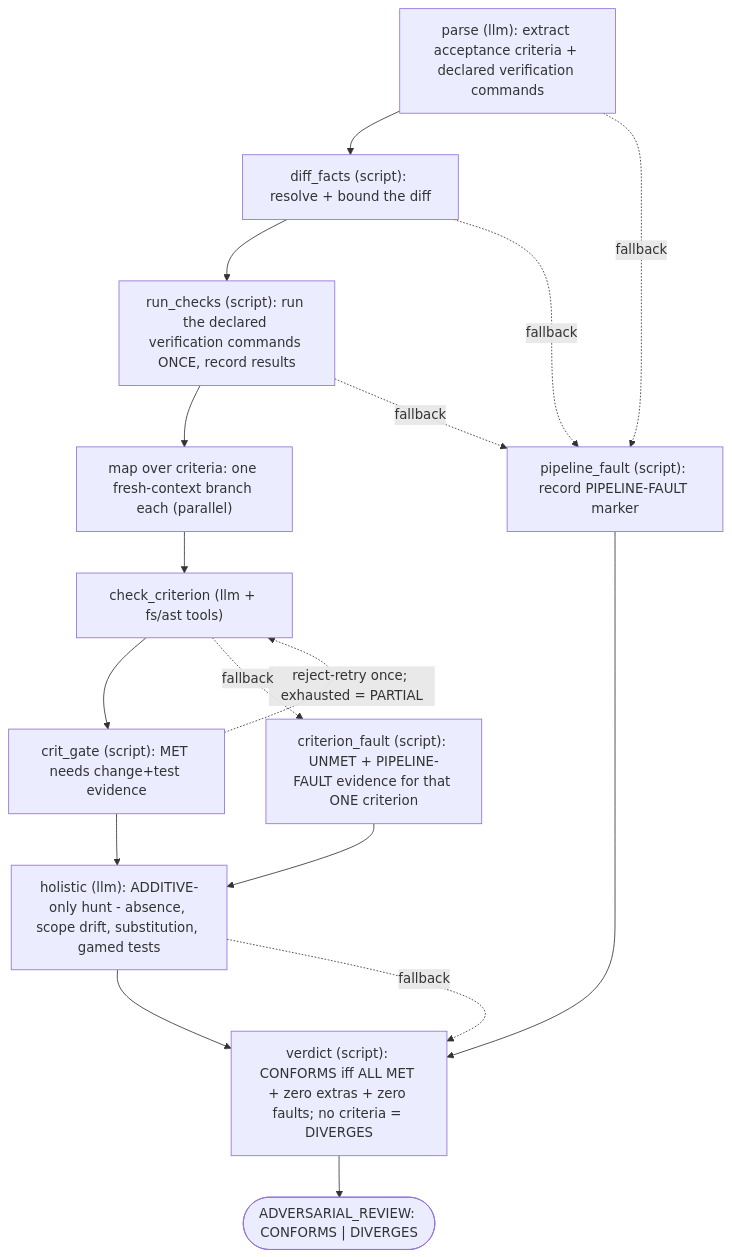
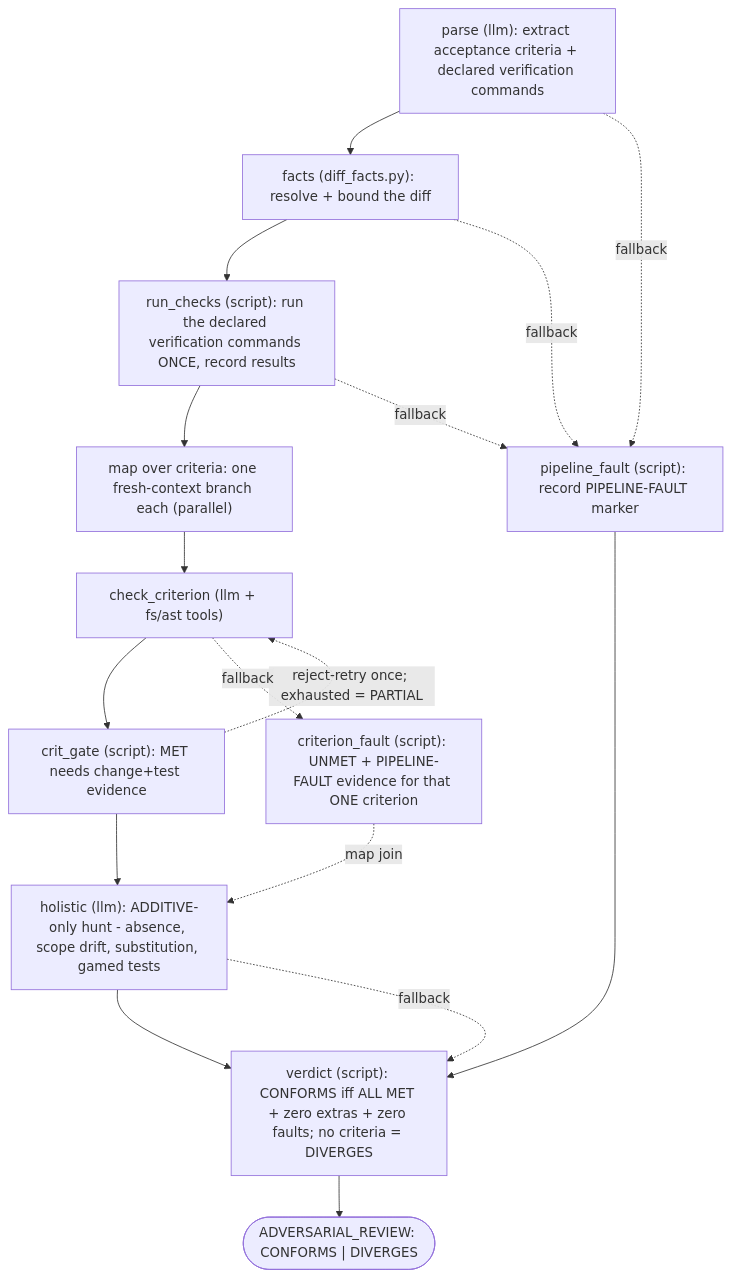
One commit to Dark-Alex-17/coyote changed the diagram in assets/agents/adversary/README.md. Above: the diagram before and after it, drawn with Mermaid.

Commit message:
docs(adversary): fix mermaid node label and criterion_fault join edge
Node B is the graph's `facts` node (script diff_facts.py), not a node
named diff_facts. criterion_fault has no `next`; it reaches holistic
through the map join, so draw it dashed like the other branch-terminal
edges instead of as a solid successor edge.

````diff
--- a/assets/agents/adversary/README.md
+++ b/assets/agents/adversary/README.md
@@ -67,19 +67,19 @@
 ```mermaid
 flowchart TD
-    A["parse (llm): extract acceptance criteria + declared verification commands"] --> B["diff_facts (script): resolve + bound the diff"]
+    A["parse (llm): extract acceptance criteria + declared verification commands"] --> B["facts (diff_facts.py): resolve + bound the diff"]
     B --> R["run_checks (script): run the declared verification commands ONCE, record results"]
     R --> C["map over criteria: one fresh-context branch each (parallel)"]
     C --> D["check_criterion (llm + fs/ast tools)"]
     D --> E["crit_gate (script): MET needs change+test evidence"]
     E -. "reject-retry once; exhausted = PARTIAL" .-> D
     E --> F["holistic (llm): ADDITIVE-only hunt - absence, scope drift, substitution, gamed tests"]
     F --> G["verdict (script): CONFORMS iff ALL MET + zero extras + zero faults; no criteria = DIVERGES"]
     G --> H(["ADVERSARIAL_REVIEW: CONFORMS | DIVERGES"])
     A -. "fallback" .-> P["pipeline_fault (script): record PIPELINE-FAULT marker"]
     B -. "fallback" .-> P
     R -. "fallback" .-> P
     D -. "fallback" .-> CF["criterion_fault (script): UNMET + PIPELINE-FAULT evidence for that ONE criterion"]
-    CF --> F
+    CF -. "map join" .-> F
     F -. "fallback" .-> G
     P --> G
 ```
````
